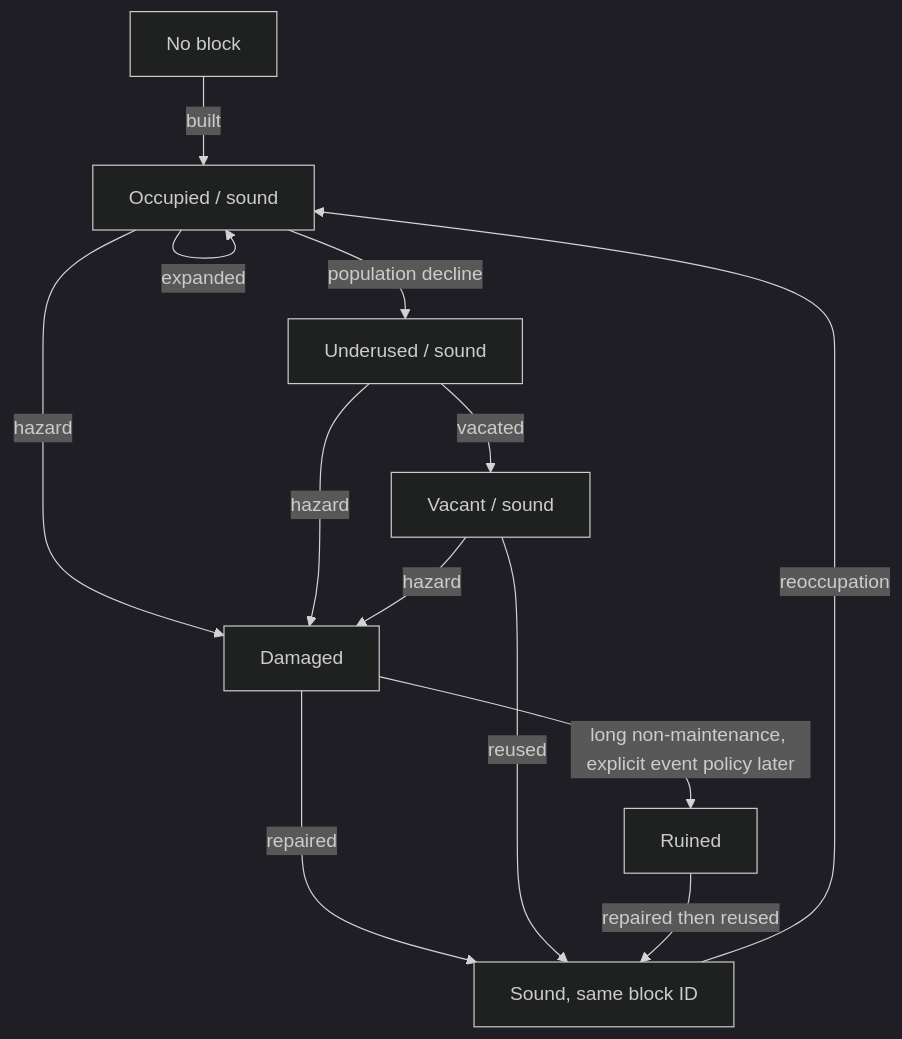
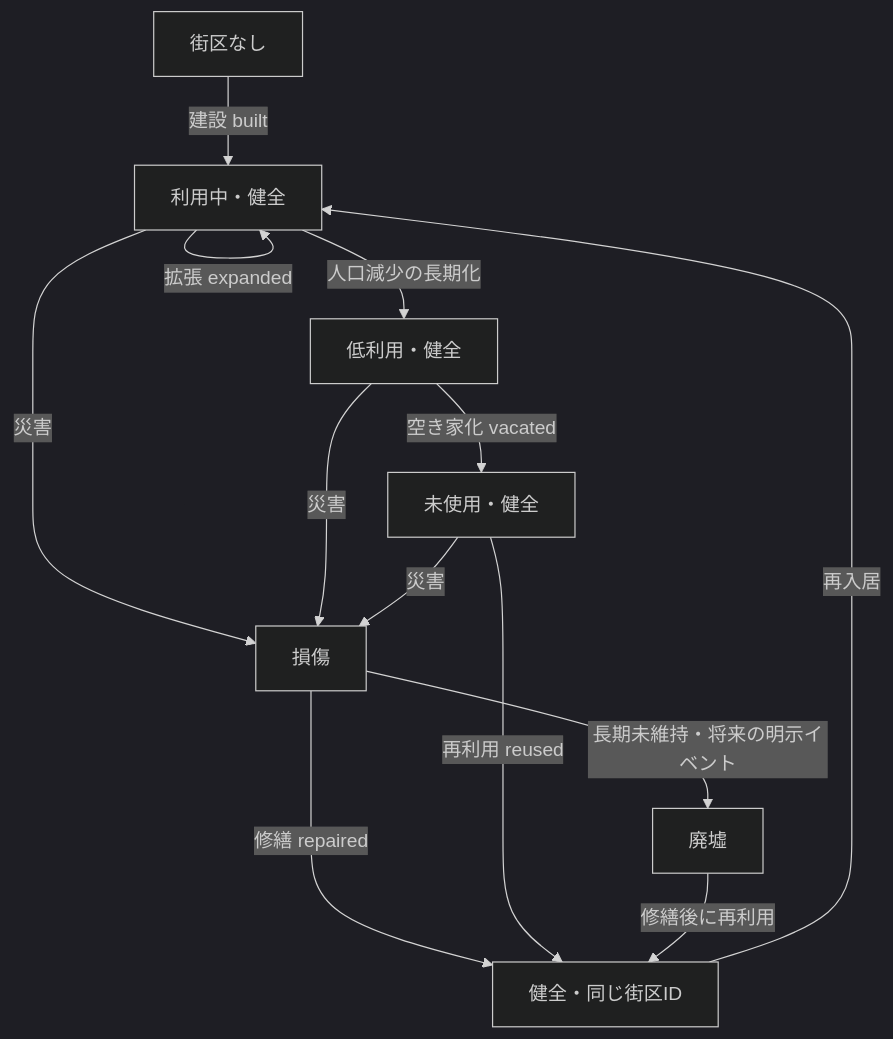
The diagram in docs/v0.6-residential-block-history-design.md (k-hsmt/namonaki-bunmei), drawn with Mermaid (dark theme) before and after one commit. The commit also changed other lines of this file, not shown here.

````diff
--- a/docs/v0.6-residential-block-history-design.md
+++ b/docs/v0.6-residential-block-history-design.md
@@ -90,15 +89,15 @@
 ```mermaid
 flowchart TD
-  A[No block] -->|built| B[Occupied / sound]
-  B -->|expanded| B
-  B -->|population decline| C[Underused / sound]
-  C -->|vacated| D[Vacant / sound]
-  B -->|hazard| E[Damaged]
-  C -->|hazard| E
-  D -->|hazard| E
-  E -->|repaired| F[Sound, same block ID]
-  D -->|reused| F
-  F -->|reoccupation| B
-  E -->|long non-maintenance, explicit event policy later| G[Ruined]
-  G -->|repaired then reused| F
+  A[街区なし] -->|建設 built| B[利用中・健全]
+  B -->|拡張 expanded| B
+  B -->|人口減少の長期化| C[低利用・健全]
+  C -->|空き家化 vacated| D[未使用・健全]
+  B -->|災害| E[損傷]
+  C -->|災害| E
+  D -->|災害| E
+  E -->|修繕 repaired| F[健全・同じ街区ID]
+  D -->|再利用 reused| F
+  F -->|再入居| B
+  E -->|長期未維持・将来の明示イベント| G[廃墟]
+  G -->|修繕後に再利用| F
 ```
````
